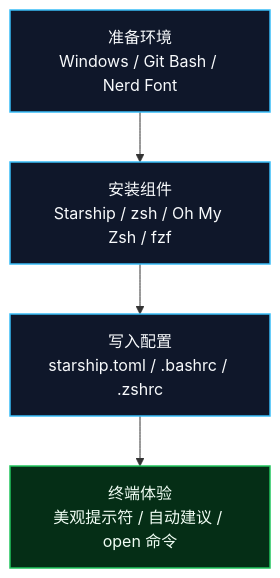
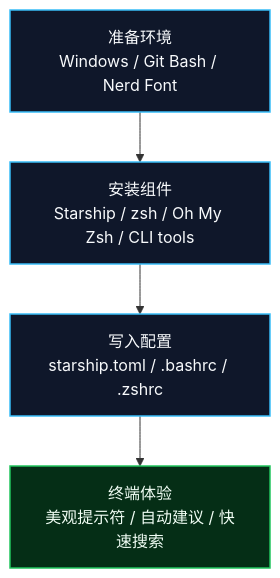
Before and after one commit to gyf-dev/windows-bash-zsh: the diagram in README.md, drawn with Mermaid. The commit also changed other lines of this file and 6 other files, not shown here.

````diff
--- a/README.md
+++ b/README.md
@@ -34,15 +39,15 @@
 ```mermaid
 flowchart TB
   A["准备环境<br/>Windows / Git Bash / Nerd Font"]
-  B["安装组件<br/>Starship / zsh / Oh My Zsh / fzf"]
+  B["安装组件<br/>Starship / zsh / Oh My Zsh / CLI tools"]
   C["写入配置<br/>starship.toml / .bashrc / .zshrc"]
-  D["终端体验<br/>美观提示符 / 自动建议 / open 命令"]
+  D["终端体验<br/>美观提示符 / 自动建议 / 快速搜索"]
 
   A --> B --> C --> D
 
   classDef step fill:#0f172a,stroke:#38bdf8,stroke-width:1.5px,color:#f8fafc
   classDef done fill:#052e16,stroke:#22c55e,stroke-width:1.5px,color:#f0fdf4
 
   class A,B,C step
   class D done
 ```
````
